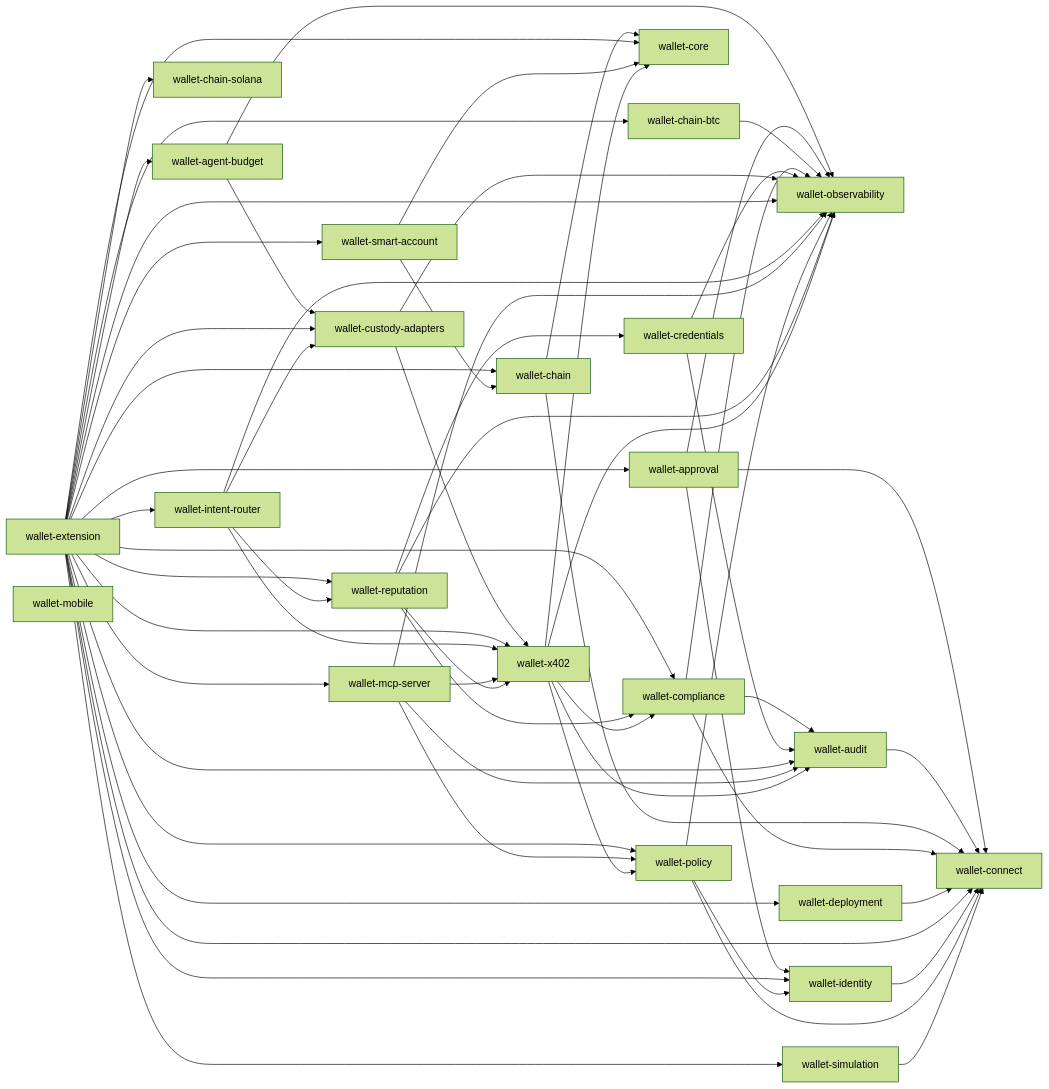
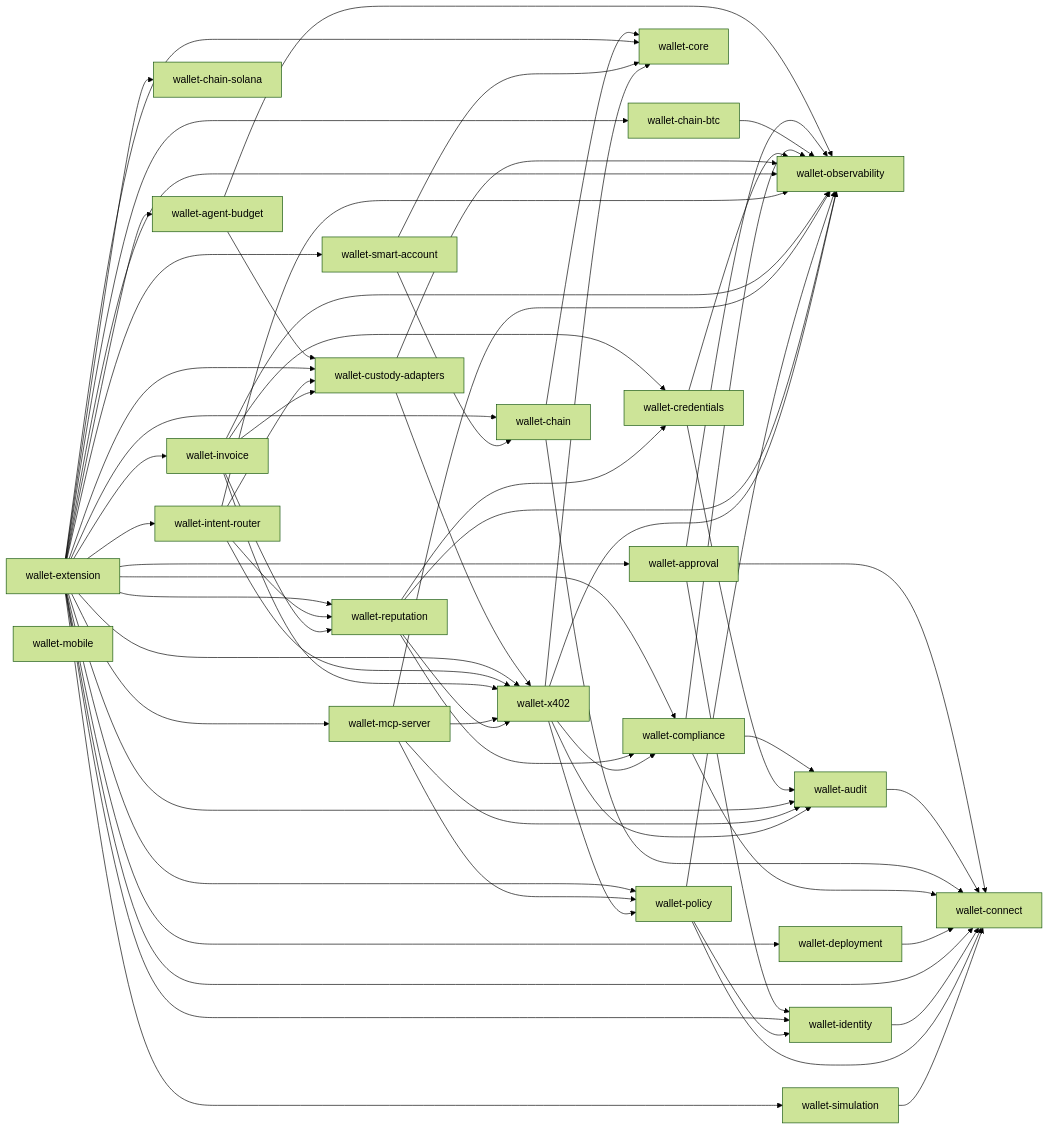
One commit to aethelred-foundation/wallet changed the diagram in reports/workspace-deps.mmd. Above: the diagram before and after it, drawn with Mermaid (forest theme). The commit also changed 15 other files, not shown here.

```diff
--- a/reports/workspace-deps.mmd
+++ b/reports/workspace-deps.mmd
@@ -1,67 +1,73 @@
 flowchart LR
   wallet-agent-budget --> wallet-custody-adapters
   wallet-agent-budget --> wallet-observability
   wallet-approval --> wallet-connect
   wallet-approval --> wallet-identity
   wallet-approval --> wallet-observability
   wallet-audit --> wallet-connect
   wallet-chain --> wallet-connect
   wallet-chain --> wallet-core
   wallet-chain-btc --> wallet-observability
   wallet-chain-solana
   wallet-compliance --> wallet-audit
   wallet-compliance --> wallet-connect
   wallet-compliance --> wallet-observability
   wallet-connect
   wallet-core
   wallet-credentials --> wallet-audit
   wallet-credentials --> wallet-observability
   wallet-custody-adapters --> wallet-observability
   wallet-custody-adapters --> wallet-x402
   wallet-deployment --> wallet-connect
   wallet-extension --> wallet-agent-budget
   wallet-extension --> wallet-approval
   wallet-extension --> wallet-audit
   wallet-extension --> wallet-chain
   wallet-extension --> wallet-chain-btc
   wallet-extension --> wallet-chain-solana
   wallet-extension --> wallet-compliance
   wallet-extension --> wallet-connect
   wallet-extension --> wallet-core
   wallet-extension --> wallet-custody-adapters
   wallet-extension --> wallet-deployment
   wallet-extension --> wallet-identity
   wallet-extension --> wallet-intent-router
+  wallet-extension --> wallet-invoice
   wallet-extension --> wallet-mcp-server
   wallet-extension --> wallet-observability
   wallet-extension --> wallet-policy
   wallet-extension --> wallet-reputation
   wallet-extension --> wallet-simulation
   wallet-extension --> wallet-smart-account
   wallet-extension --> wallet-x402
   wallet-identity --> wallet-connect
   wallet-intent-router --> wallet-custody-adapters
   wallet-intent-router --> wallet-observability
   wallet-intent-router --> wallet-reputation
   wallet-intent-router --> wallet-x402
+  wallet-invoice --> wallet-credentials
+  wallet-invoice --> wallet-custody-adapters
+  wallet-invoice --> wallet-observability
+  wallet-invoice --> wallet-reputation
+  wallet-invoice --> wallet-x402
   wallet-mcp-server --> wallet-audit
   wallet-mcp-server --> wallet-observability
   wallet-mcp-server --> wallet-policy
   wallet-mcp-server --> wallet-x402
   wallet-mobile
   wallet-observability
   wallet-policy --> wallet-connect
   wallet-policy --> wallet-identity
   wallet-policy --> wallet-observability
   wallet-reputation --> wallet-compliance
   wallet-reputation --> wallet-credentials
   wallet-reputation --> wallet-observability
   wallet-reputation --> wallet-x402
   wallet-simulation --> wallet-connect
   wallet-smart-account --> wallet-chain
   wallet-smart-account --> wallet-core
   wallet-x402 --> wallet-audit
   wallet-x402 --> wallet-compliance
   wallet-x402 --> wallet-core
   wallet-x402 --> wallet-observability
   wallet-x402 --> wallet-policy
```
